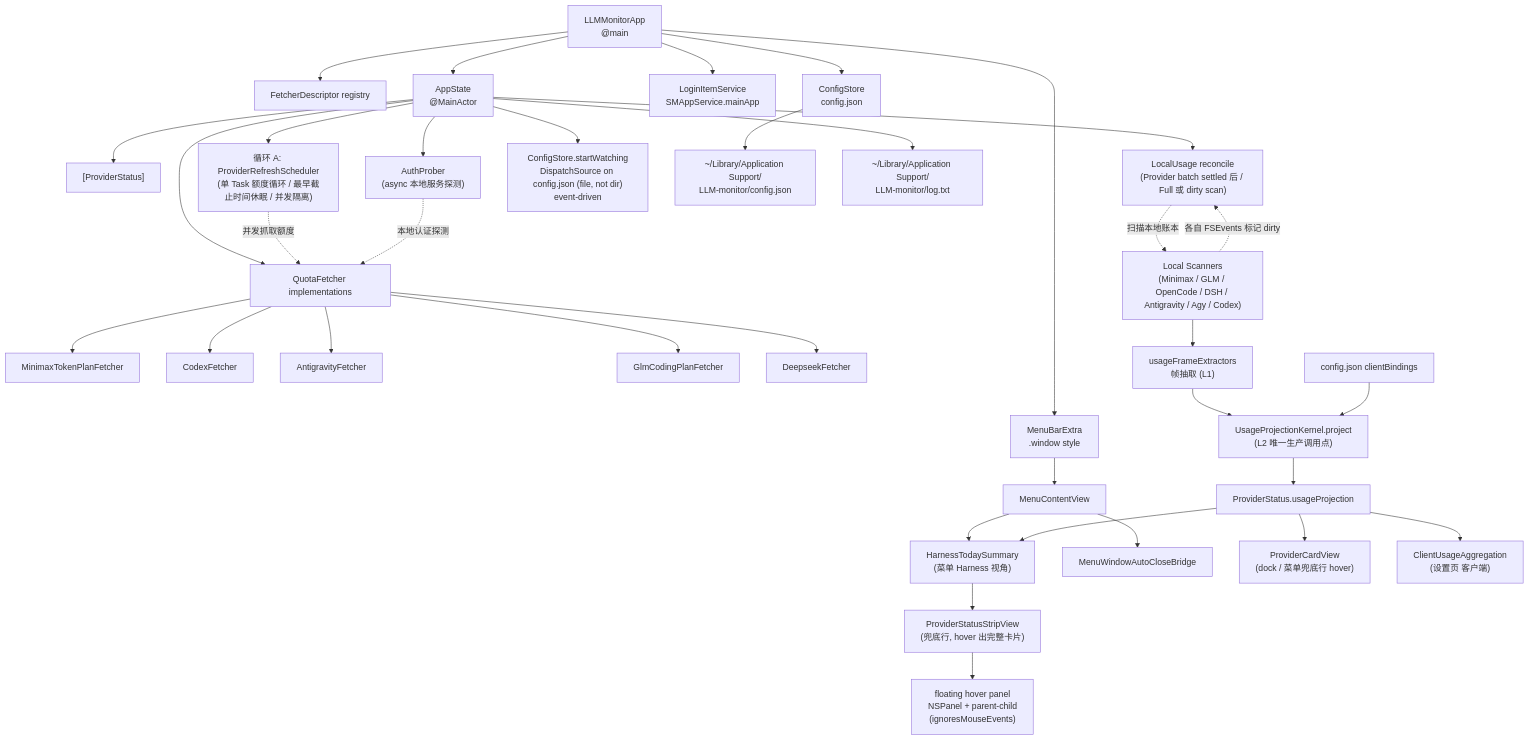
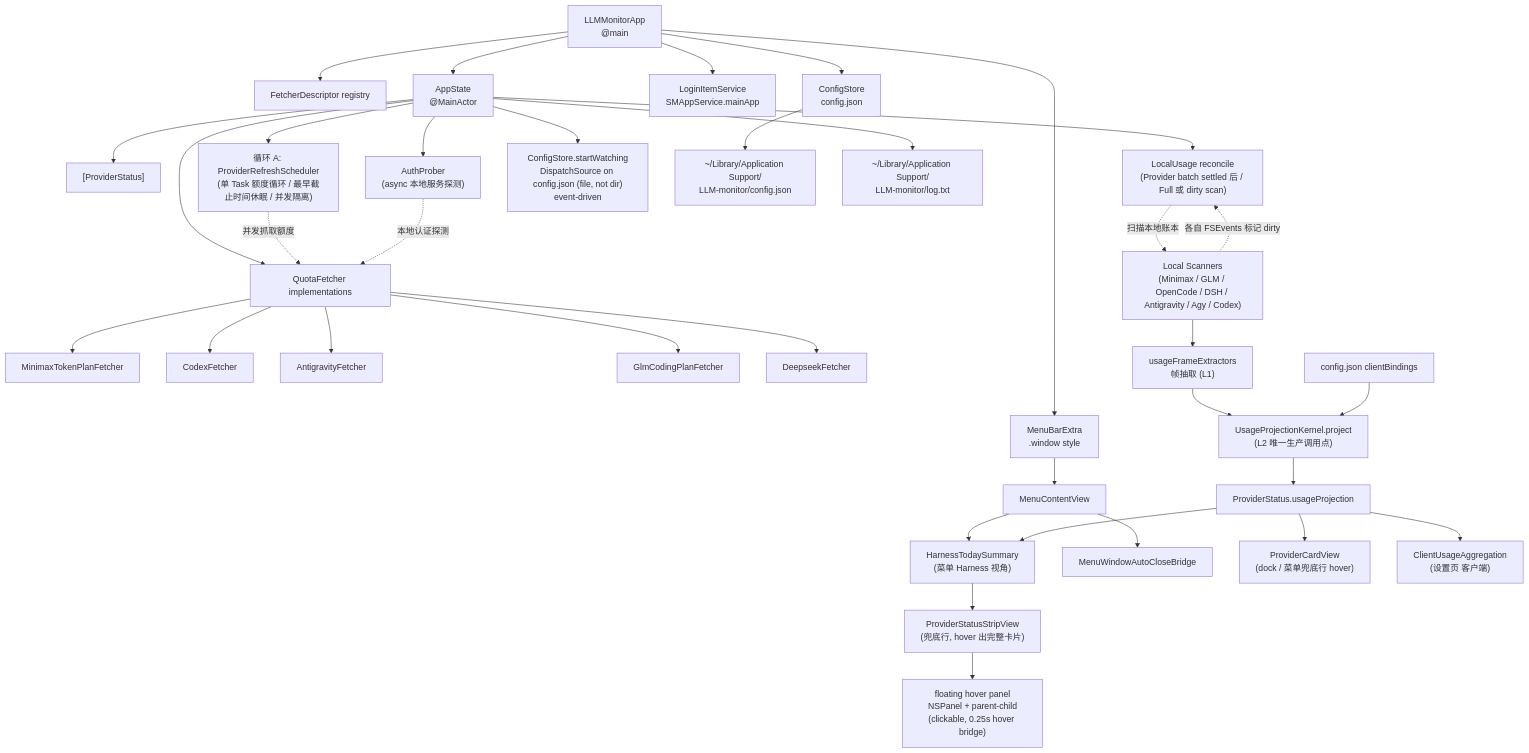
The diagram in spec/runtime.md (bigboyq/LLM-monitor), drawn with Mermaid before and after one commit. The commit also changed other lines of this file and 12 other files, not shown here.

````diff
--- a/spec/runtime.md
+++ b/spec/runtime.md
@@ -7,43 +7,43 @@
 ```mermaid
 flowchart TD
   App["LLMMonitorApp\n@main"] --> MenuBar["MenuBarExtra\n.window style"]
   App --> Descriptors["FetcherDescriptor registry"]
   App --> ConfigStore["ConfigStore\nconfig.json"]
   App --> LoginItem["LoginItemService\nSMAppService.mainApp"]
   App --> AppState["AppState\n@MainActor"]
 
   MenuBar --> MenuContentView["MenuContentView"]
   MenuContentView --> Harness["HarnessUsageMenuView\n(客户端视角: 汇总/分段/兜底行)"]
   MenuContentView --> AutoClose["MenuWindowAutoCloseBridge"]
   Harness --> Strip["ProviderStatusStripView\n(兜底行, hover 出完整卡片)"]
-  Strip --> HoverPanel["floating hover panel\nNSPanel + parent-child\n(ignoresMouseEvents)"]
+  Strip --> HoverPanel["floating hover panel\nNSPanel + parent-child\n(clickable, 0.25s hover bridge)"]
 
   AppState --> Statuses["[ProviderStatus]"]
   AppState --> LoopA["循环 A: ProviderRefreshScheduler\n(单 Task 额度循环 / 最早截止时间休眠 / 并发隔离)"]
   AppState --> Reconcile["LocalUsage reconcile\n(Provider batch settled 后 / Full 或 dirty scan)"]
   AppState --> Prober["AuthProber\n(async 本地服务探测)"]
   AppState --> Watcher["ConfigStore.startWatching\nDispatchSource on config.json (file, not dir)\nevent-driven"]
   AppState --> Fetchers["QuotaFetcher implementations"]
 
   LoopA -. 并发抓取额度 .-> Fetchers
   Prober -. 本地认证探测 .-> Fetchers
   Reconcile -. 扫描本地账本 .-> Scanners["Local Scanners\n(Minimax / GLM / OpenCode / DSH / Antigravity / Agy / Codex)"]
   Scanners -. 各自 FSEvents 标记 dirty .-> Reconcile
 
   Fetchers --> Minimax["MinimaxTokenPlanFetcher"]
   Fetchers --> Codex["CodexFetcher"]
   Fetchers --> Antigravity["AntigravityFetcher"]
   Fetchers --> GLM["GlmCodingPlanFetcher"]
   Fetchers --> Deepseek["DeepseekFetcher"]
 
   Scanners --> Frames["usageFrameExtractors\n帧抽取 (L1)"]
   Frames --> Kernel["UsageProjectionKernel.project\n(L2 唯一生产调用点)"]
   ConfigBindings["config.json clientBindings"] --> Kernel
   Kernel --> Projection["ProviderStatus.usageProjection"]
   Projection --> ProviderCard["ProviderCardView\n(dock / 菜单兜底行 hover)"]
   Projection --> Harness["HarnessTodaySummary\n(菜单 Harness 视角)"]
   Projection --> ClientsPane["ClientUsageAggregation\n(设置页 客户端)"]
 
   ConfigStore --> ConfigFile["~/Library/Application Support/\nLLM-monitor/config.json"]
   AppState --> LogFile["~/Library/Application Support/\nLLM-monitor/log.txt"]
 ```
````
